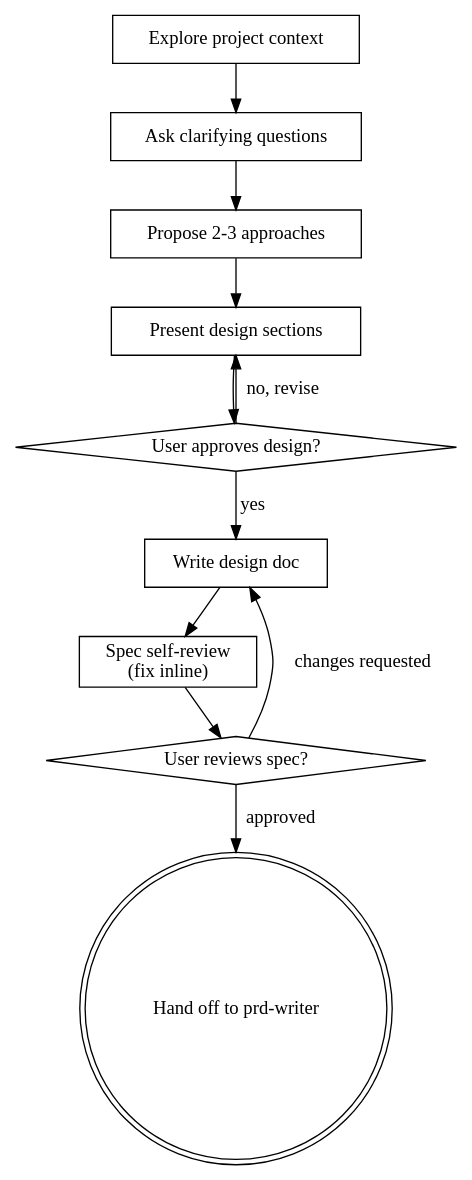
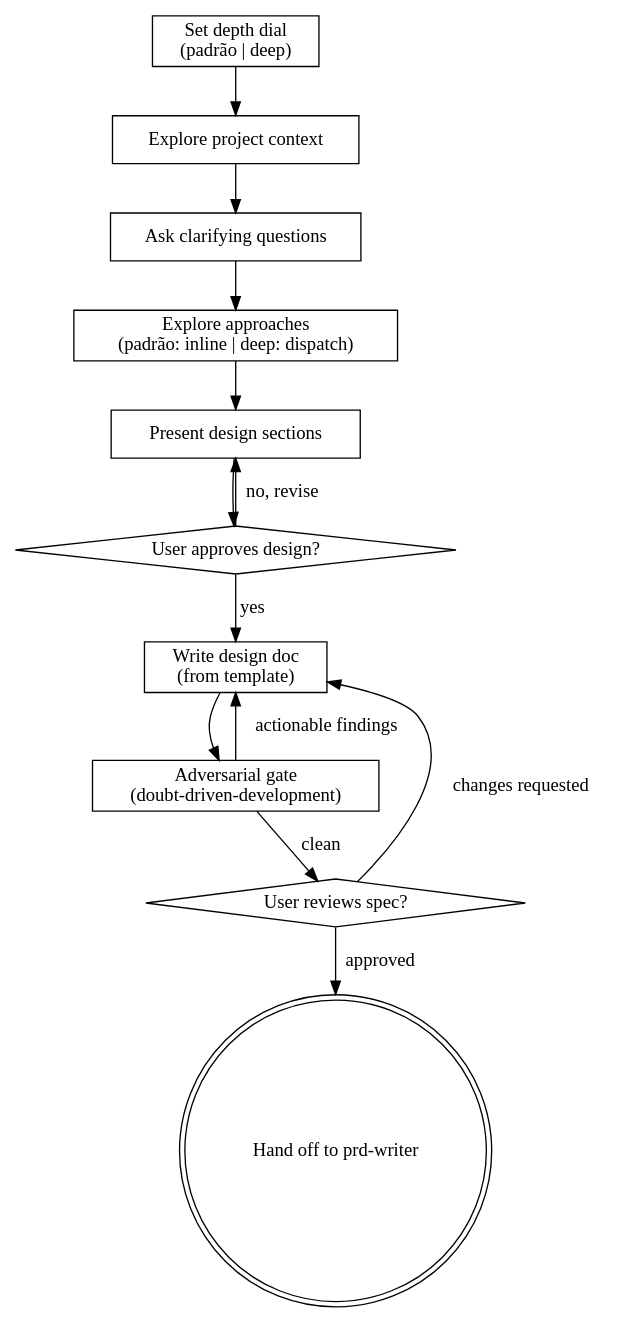
The diagram in core/claude/skills/brainstorming/SKILL.md (CaioWF/keel), drawn with Graphviz before and after one commit. The commit also changed other lines of this file and 7 other files, not shown here.

````diff
--- a/core/claude/skills/brainstorming/SKILL.md
+++ b/core/claude/skills/brainstorming/SKILL.md
@@ -35,24 +36,27 @@
 ```dot
 digraph brainstorming {
+    "Set depth dial\n(padrão | deep)" [shape=box];
     "Explore project context" [shape=box];
     "Ask clarifying questions" [shape=box];
-    "Propose 2-3 approaches" [shape=box];
+    "Explore approaches\n(padrão: inline | deep: dispatch)" [shape=box];
     "Present design sections" [shape=box];
     "User approves design?" [shape=diamond];
-    "Write design doc" [shape=box];
-    "Spec self-review\n(fix inline)" [shape=box];
+    "Write design doc\n(from template)" [shape=box];
+    "Adversarial gate\n(doubt-driven-development)" [shape=box];
     "User reviews spec?" [shape=diamond];
     "Hand off to prd-writer" [shape=doublecircle];
 
+    "Set depth dial\n(padrão | deep)" -> "Explore project context";
     "Explore project context" -> "Ask clarifying questions";
-    "Ask clarifying questions" -> "Propose 2-3 approaches";
-    "Propose 2-3 approaches" -> "Present design sections";
+    "Ask clarifying questions" -> "Explore approaches\n(padrão: inline | deep: dispatch)";
+    "Explore approaches\n(padrão: inline | deep: dispatch)" -> "Present design sections";
     "Present design sections" -> "User approves design?";
     "User approves design?" -> "Present design sections" [label="no, revise"];
-    "User approves design?" -> "Write design doc" [label="yes"];
-    "Write design doc" -> "Spec self-review\n(fix inline)";
-    "Spec self-review\n(fix inline)" -> "User reviews spec?";
-    "User reviews spec?" -> "Write design doc" [label="changes requested"];
+    "User approves design?" -> "Write design doc\n(from template)" [label="yes"];
+    "Write design doc\n(from template)" -> "Adversarial gate\n(doubt-driven-development)";
+    "Adversarial gate\n(doubt-driven-development)" -> "Write design doc\n(from template)" [label="actionable findings"];
+    "Adversarial gate\n(doubt-driven-development)" -> "User reviews spec?" [label="clean"];
+    "User reviews spec?" -> "Write design doc\n(from template)" [label="changes requested"];
     "User reviews spec?" -> "Hand off to prd-writer" [label="approved"];
 }
 ```
````
